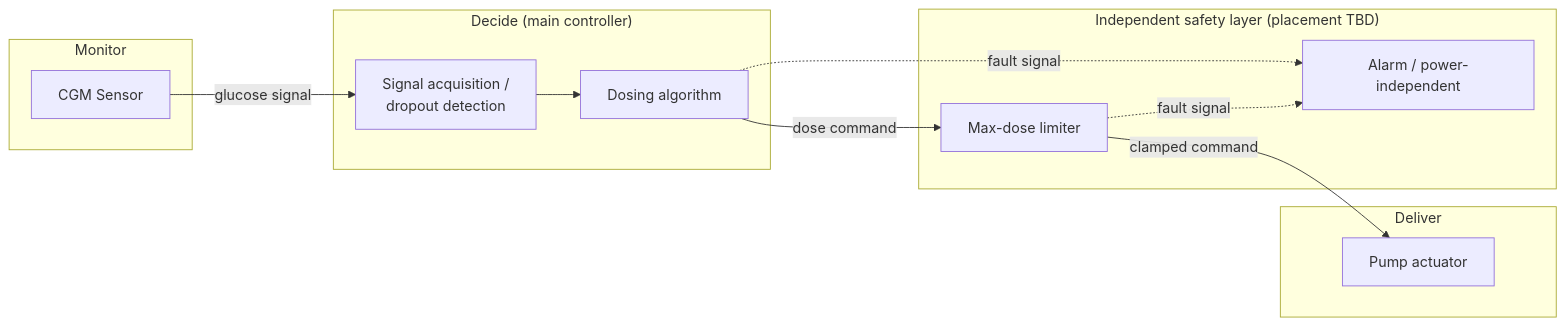
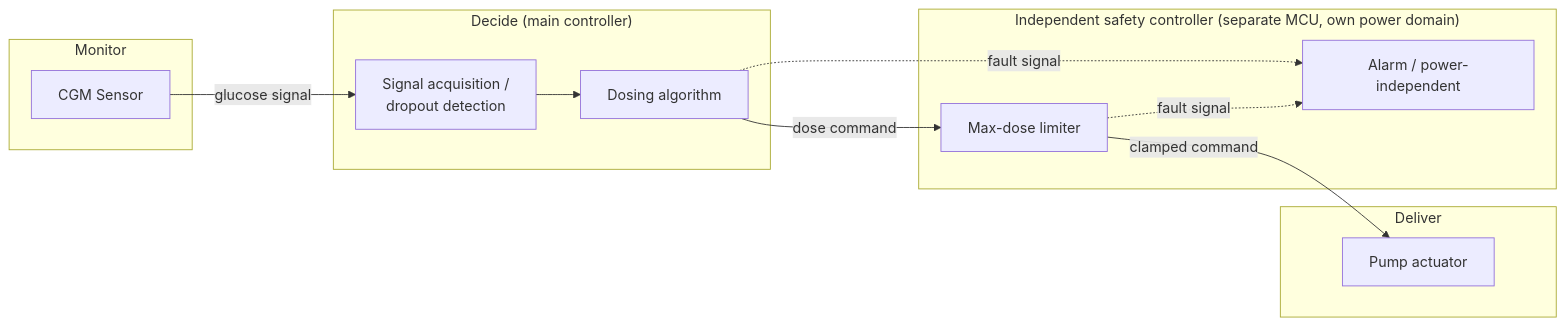
The diagram in docs/certifications/IEC-60601-1-4/pems_architecture/00-pems-architecture.md (giovanna-cambraia/MEDCERT), drawn with Mermaid before and after one commit. The commit also changed other lines of this file, not shown here.

Commit message:
refactor(docs/certifications): update PEMS architecture to reflect Option A decision for independent safety controller

````diff
--- a/docs/certifications/IEC-60601-1-4/pems_architecture/00-pems-architecture.md
+++ b/docs/certifications/IEC-60601-1-4/pems_architecture/00-pems-architecture.md
@@ -12,27 +24,27 @@
 ```mermaid
 flowchart LR
     subgraph Monitor
         CGM[CGM Sensor]
     end
 
     subgraph Decide["Decide (main controller)"]
         ACQ[Signal acquisition /\ndropout detection]
         ALGO[Dosing algorithm]
         ACQ --> ALGO
     end
 
     subgraph Deliver
         PUMP[Pump actuator]
     end
 
-    subgraph Safety["Independent safety layer (placement TBD)"]
+    subgraph Safety["Independent safety controller (separate MCU, own power domain)"]
         LIMIT[Max-dose limiter]
         ALARM[Alarm / power-independent]
     end
 
     CGM -->|glucose signal| ACQ
     ALGO -->|dose command| LIMIT
     LIMIT -->|clamped command| PUMP
     ALGO -.->|fault signal| ALARM
     LIMIT -.->|fault signal| ALARM
 ```
````
